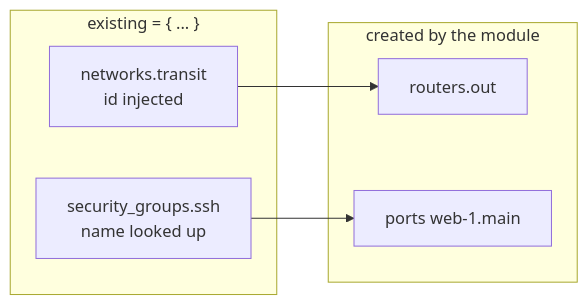
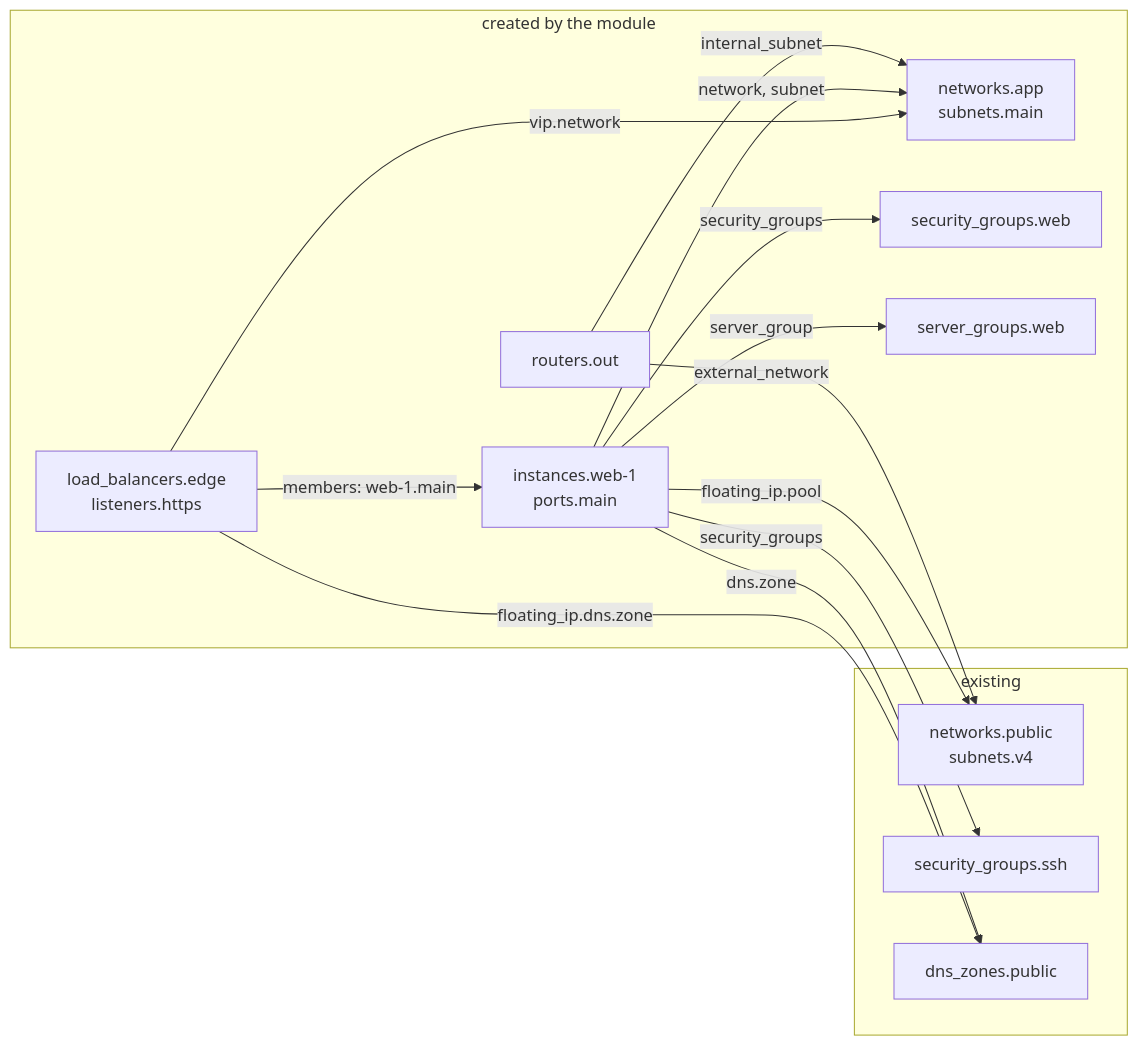
Before and after one commit to CyprisTech/terraform-openstack-tenant: the diagram in docs/architecture.md, drawn with Mermaid. The commit also changed other lines of this file and 9 other files, not shown here.

First line of the commit message:
Docs: real-cloud pitfalls, key reference diagram, links checked in CI

````diff
--- a/docs/architecture.md
+++ b/docs/architecture.md
@@ -45,13 +34,26 @@
 ```mermaid
 flowchart LR
-    subgraph existing["existing = { ... }"]
-        N["networks.transit<br/>id injected"]
-        S["security_groups.ssh<br/>name looked up"]
+    subgraph existing["existing"]
+        EN["networks.public<br/>subnets.v4"]
+        ES["security_groups.ssh"]
+        EZ["dns_zones.public"]
     end
-    subgraph created["created by the module"]
+    subgraph model["created by the module"]
+        N["networks.app<br/>subnets.main"]
         R["routers.out"]
-        P["ports web-1.main"]
+        SG["security_groups.web"]
+        SV["server_groups.web"]
+        I["instances.web-1<br/>ports.main"]
+        LB["load_balancers.edge<br/>listeners.https"]
     end
-    N --> R
-    S --> P
+    R -- "internal_subnet" --> N
+    R -- "external_network" --> EN
+    I -- "network, subnet" --> N
+    I -- "security_groups" --> SG & ES
+    I -- "server_group" --> SV
+    I -- "floating_ip.pool" --> EN
+    I -- "dns.zone" --> EZ
+    LB -- "vip.network" --> N
+    LB -- "members: web-1.main" --> I
+    LB -- "floating_ip.dns.zone" --> EZ
 ```
````
